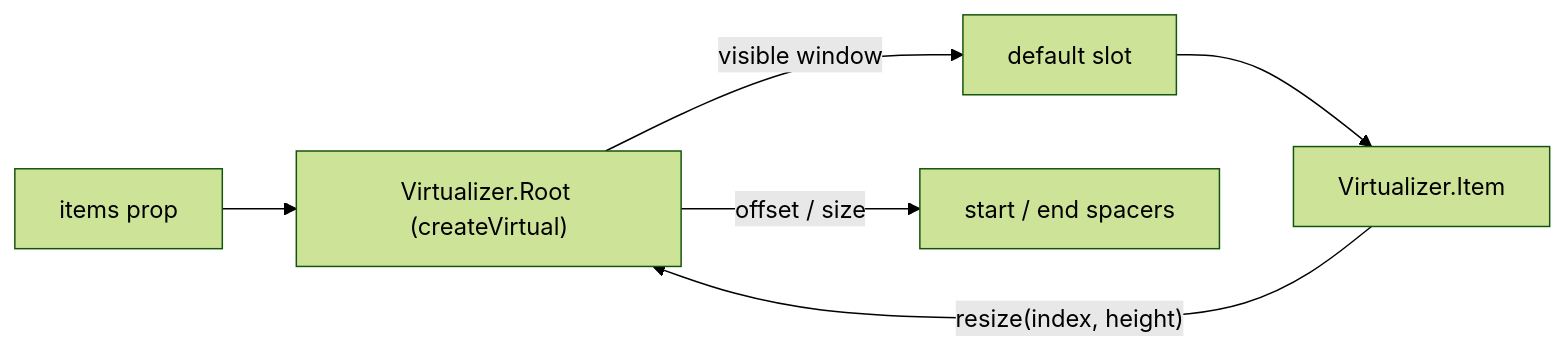
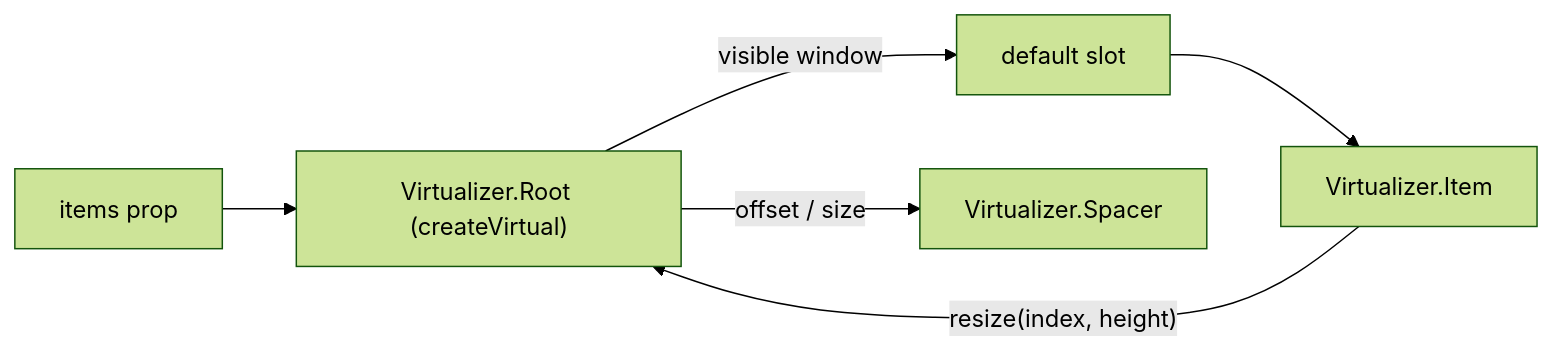
Before and after one commit to vuetifyjs/0: the diagram in apps/docs/src/pages/components/data/virtualizer.md, drawn with Mermaid (forest theme). The commit also changed other lines of this file and 10 other files, not shown here.

First line of the commit message:
feat(Virtualizer): reserve off-screen rows with Spacer

````diff
--- a/apps/docs/src/pages/components/data/virtualizer.md
+++ b/apps/docs/src/pages/components/data/virtualizer.md
@@ -51,8 +55,8 @@
 ```mermaid "Virtualizer data flow"
 flowchart LR
   items["items prop"] --> Root["Virtualizer.Root (createVirtual)"]
   Root -- "visible window" --> slot["default slot"]
   slot --> Item["Virtualizer.Item"]
   Item -- "resize(index, height)" --> Root
-  Root -- "offset / size" --> spacers["start / end spacers"]
+  Root -- "offset / size" --> Spacer["Virtualizer.Spacer"]
 ```
````
